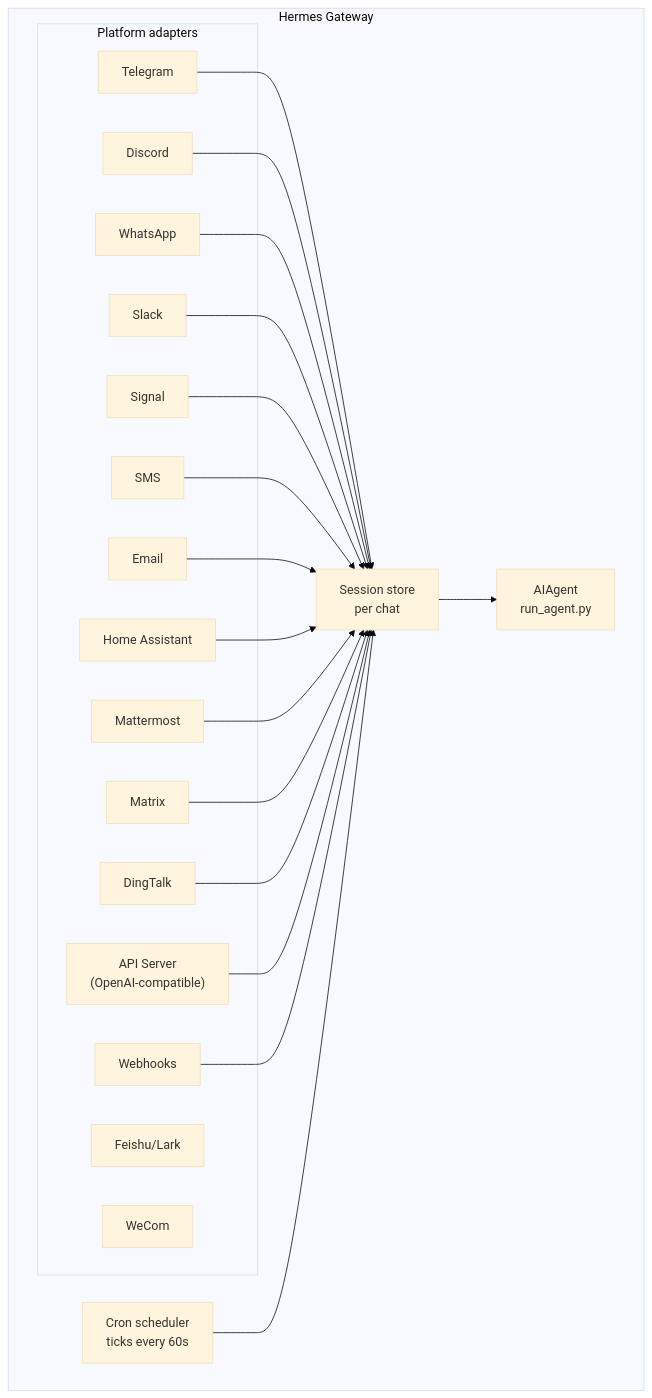
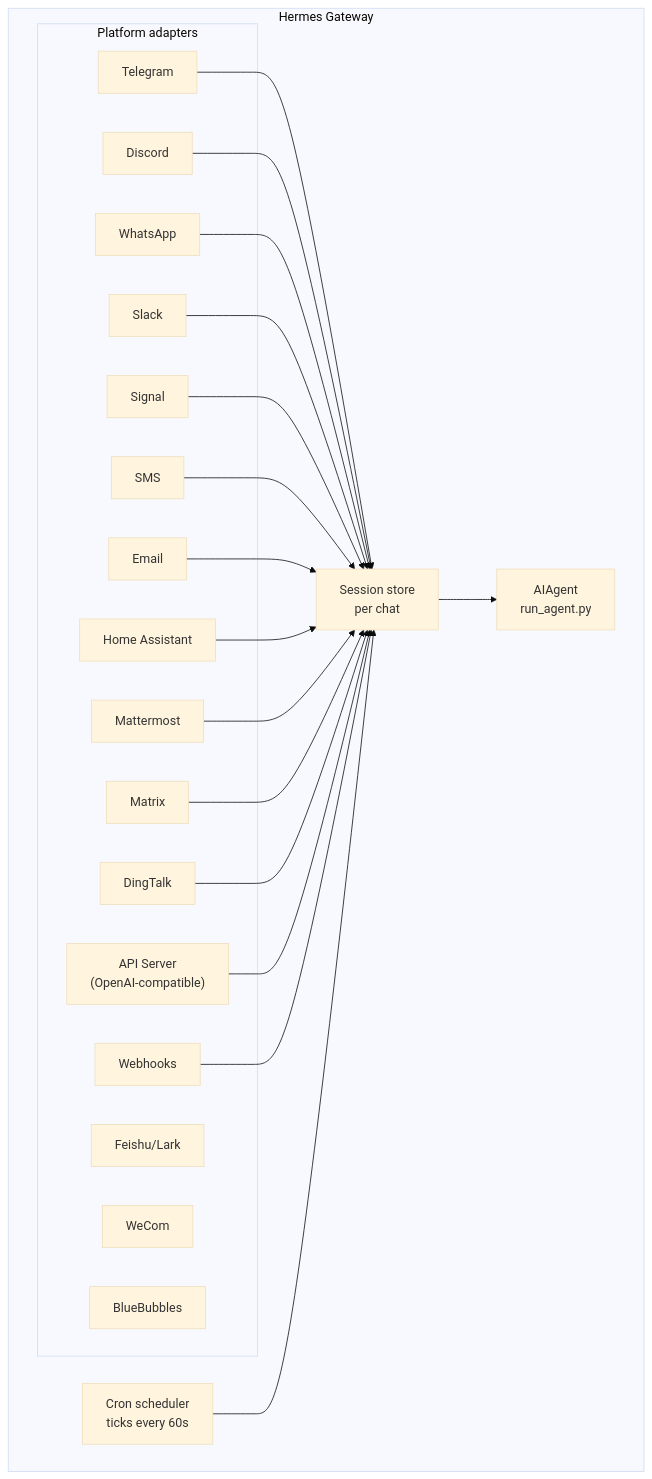
The diagram in website/docs/user-guide/messaging/index.md (NousResearch/hermes-agent), drawn with Mermaid (base theme) before and after one commit. The commit also changed other lines of this file and 14 other files, not shown here.

````diff
--- a/website/docs/user-guide/messaging/index.md
+++ b/website/docs/user-guide/messaging/index.md
@@ -35,42 +36,43 @@
 ```mermaid
 flowchart TB
     subgraph Gateway["Hermes Gateway"]
         subgraph Adapters["Platform adapters"]
             tg[Telegram]
             dc[Discord]
             wa[WhatsApp]
             sl[Slack]
             sig[Signal]
             sms[SMS]
             em[Email]
             ha[Home Assistant]
             mm[Mattermost]
             mx[Matrix]
             dt[DingTalk]
     fs[Feishu/Lark]
     wc[WeCom]
+    bb[BlueBubbles]
             api["API Server<br/>(OpenAI-compatible)"]
             wh[Webhooks]
         end
 
         store["Session store<br/>per chat"]
         agent["AIAgent<br/>run_agent.py"]
         cron["Cron scheduler<br/>ticks every 60s"]
     end
 
     tg --> store
     dc --> store
     wa --> store
     sl --> store
     sig --> store
     sms --> store
     em --> store
     ha --> store
     mm --> store
     mx --> store
     dt --> store
     api --> store
     wh --> store
     store --> agent
     cron --> store
 ```
````
